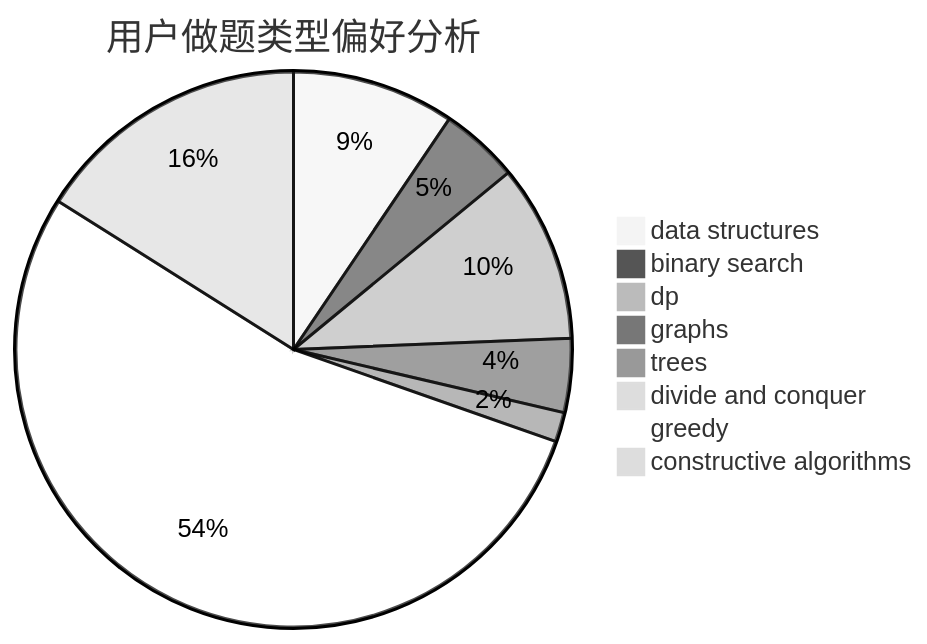
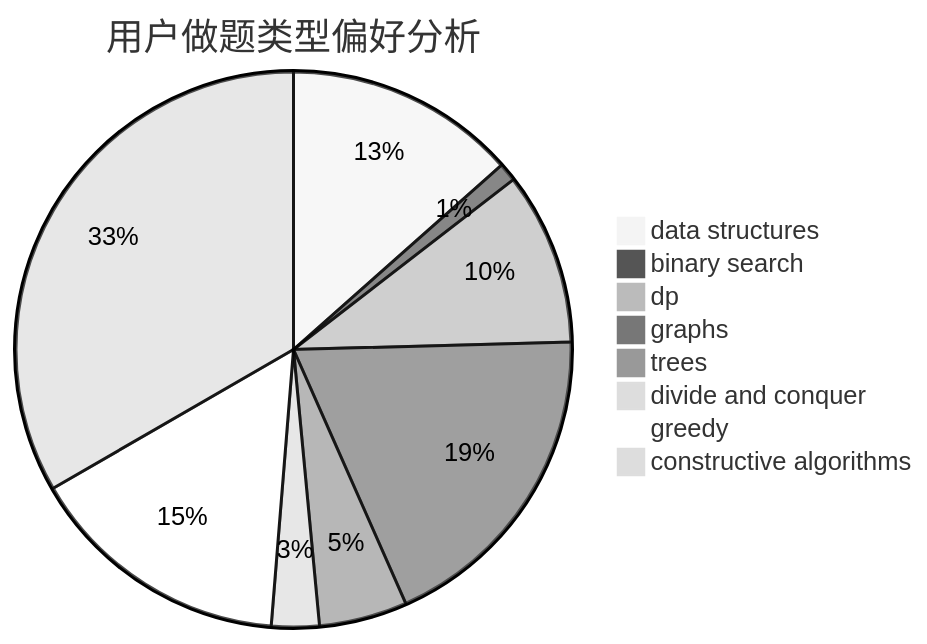
Before and after one commit to sherpahu/cfrs.github.io: the second of 3 diagrams in docs/user/u317.md, drawn with Mermaid (neutral theme). The commit also changed other lines of this file and 2770 other files, not shown here.

````diff
--- a/docs/user/u317.md
+++ b/docs/user/u317.md
@@ -23,11 +23,11 @@
 ```mermaid
 pie title 用户做题类型偏好分析
-    "data structures" :  33
-    "binary search" :  16
-    "dp" :  36
-    "graphs" :  15
-    "trees" :  6
-    "divide and conquer" :  0
-    "greedy" :  187
-    "constructive algorithms" :  56
+    "data structures" :  63
+    "binary search" :  5
+    "dp" :  47
+    "graphs" :  88
+    "trees" :  24
+    "divide and conquer" :  13
+    "greedy" :  72
+    "constructive algorithms" :  156
 ```
````
